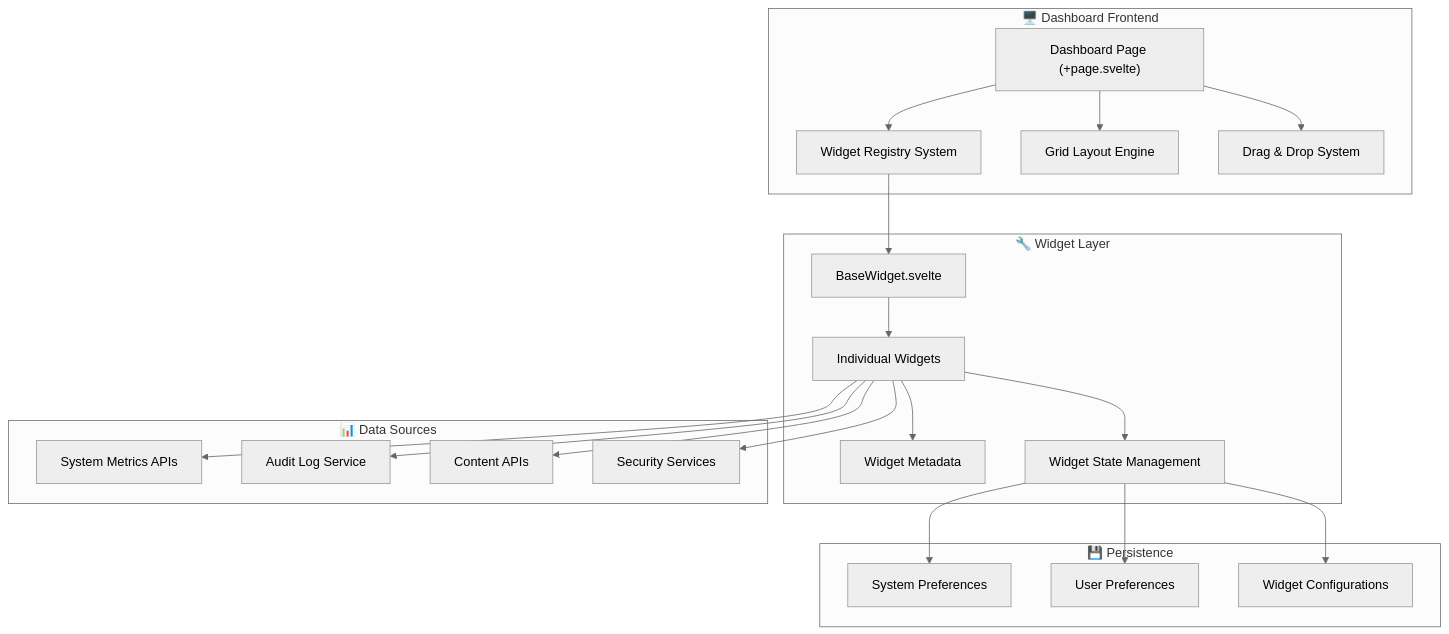
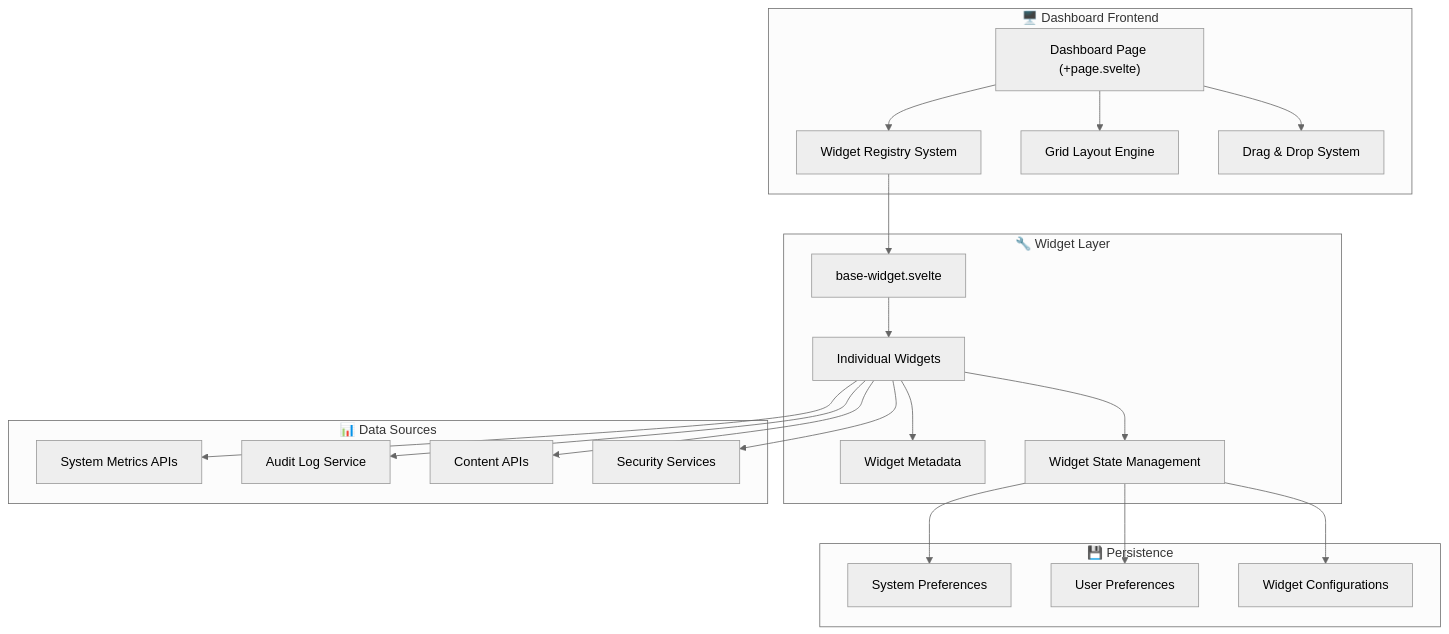
The diagram in docs/architecture/dashboard-system.mdx (SveltyCMS/SveltyCMS), drawn with Mermaid before and after one commit. The commit also changed other lines of this file and 353 other files, not shown here.

````diff
--- a/docs/architecture/dashboard-system.mdx
+++ b/docs/architecture/dashboard-system.mdx
@@ -33,45 +33,45 @@
 ```mermaid
 %%{ init: { 'theme': 'neutral' } }%%
 graph TD
     subgraph "🖥️ Dashboard Frontend"
         A["Dashboard Page (+page.svelte)"]
         B["Widget Registry System"]
         C["Grid Layout Engine"]
         D["Drag & Drop System"]
     end
 
     subgraph "🔧 Widget Layer"
-        E["BaseWidget.svelte"]
+        E["base-widget.svelte"]
         F["Individual Widgets"]
         G["Widget Metadata"]
         H["Widget State Management"]
     end
 
     subgraph "📊 Data Sources"
         I["System Metrics APIs"]
         J["Audit Log Service"]
         K["Content APIs"]
         L["Security Services"]
     end
 
     subgraph "💾 Persistence"
         M["System Preferences"]
         N["User Preferences"]
         O["Widget Configurations"]
     end
 
     A --> B
     A --> C
     A --> D
     B --> E
     E --> F
     F --> G
     F --> H
     F --> I
     F --> J
     F --> K
     F --> L
     H --> M
     H --> N
     H --> O
 ```
````
